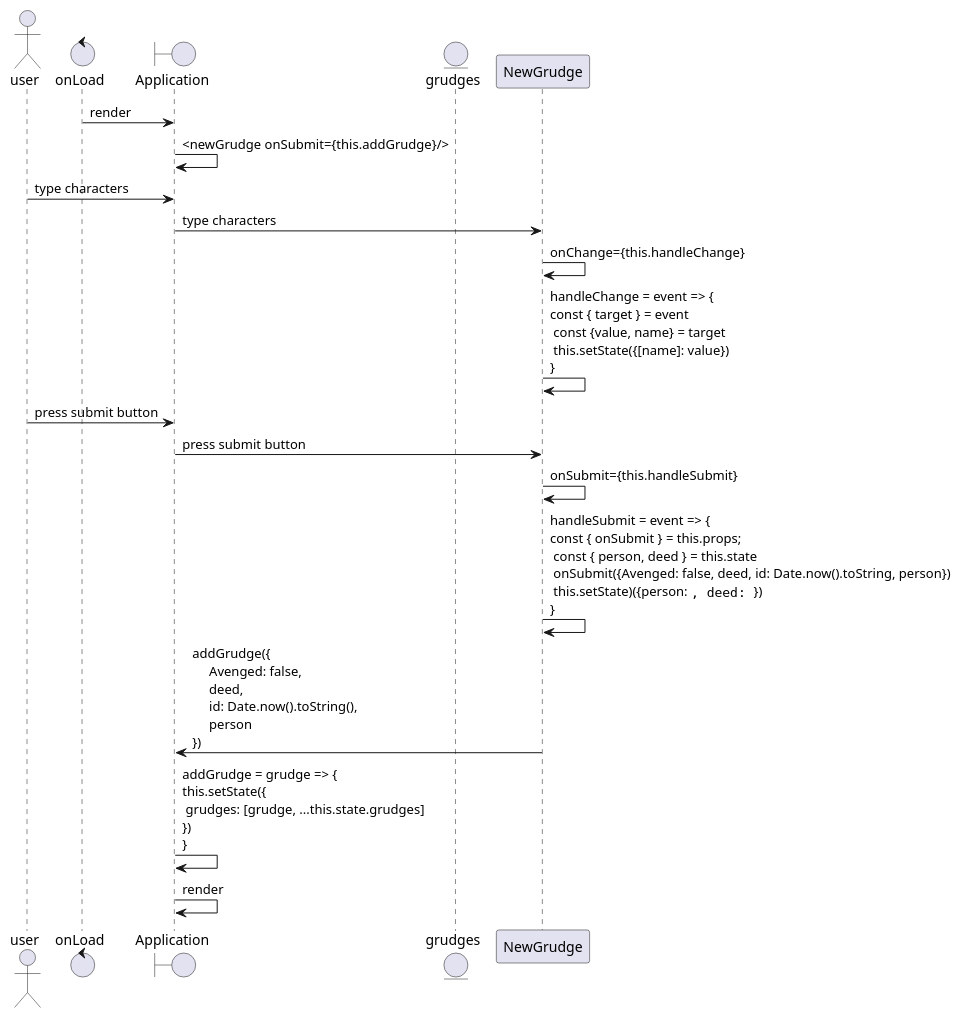
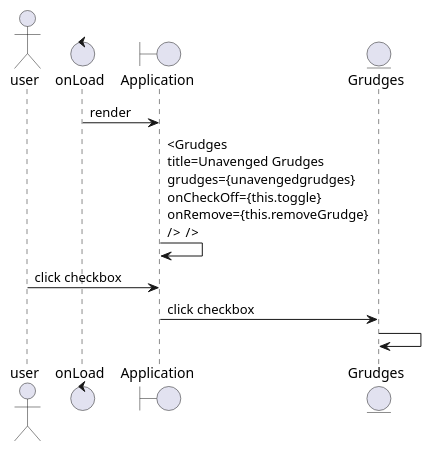
Before and after one commit to simple-sifu/grudges: the diagram in uml/grudges.plantuml, drawn with PlantUML. The commit also changed 2 other files, not shown here.

```diff
--- a/uml/grudges.plantuml
+++ b/uml/grudges.plantuml
@@ -1,20 +1,12 @@
 @startuml devtools
 actor user
 control onLoad
 boundary Application
-entity grudges
+entity Grudges
 
 onLoad -> Application : render
-Application -> Application : <newGrudge onSubmit={this.addGrudge}/> 
-user -> Application : type characters
-Application -> NewGrudge : type characters
-NewGrudge -> NewGrudge : onChange={this.handleChange}
-NewGrudge -> NewGrudge : handleChange = event => { \nconst { target } = event \n const {value, name} = target \n this.setState({[name]: value}) \n}
-user -> Application : press submit button
-Application -> NewGrudge : press submit button
-NewGrudge -> NewGrudge: onSubmit={this.handleSubmit}
-NewGrudge -> NewGrudge: handleSubmit = event => { \nconst { onSubmit } = this.props; \n const { person, deed } = this.state \n onSubmit({Avenged: false, deed, id: Date.now().toString, person})\n this.setState)({person: "", deed: ""}) \n}
-Application <- NewGrudge: addGrudge({\n     Avenged: false, \n     deed, \n     id: Date.now().toString(), \n     person\n})
-Application -> Application: addGrudge = grudge => { \nthis.setState({\n grudges: [grudge, ...this.state.grudges] \n}) \n}
-Application -> Application: render
+Application -> Application : <Grudges \ntitle=Unavenged Grudges \ngrudges={unavengedgrudges} \nonCheckOff={this.toggle} \nonRemove={this.removeGrudge} \n/>  /> 
+user -> Application : click checkbox
+Application -> Grudges : click checkbox
+Grudges -> Grudges : 
 @enduml
```
